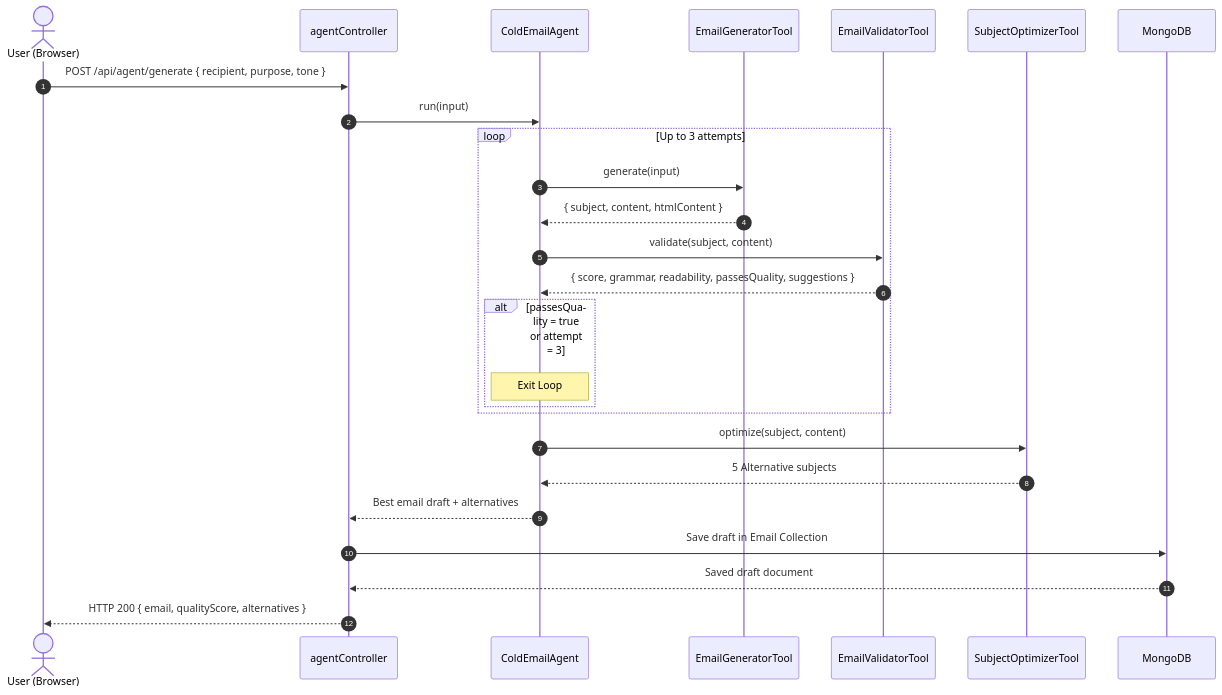
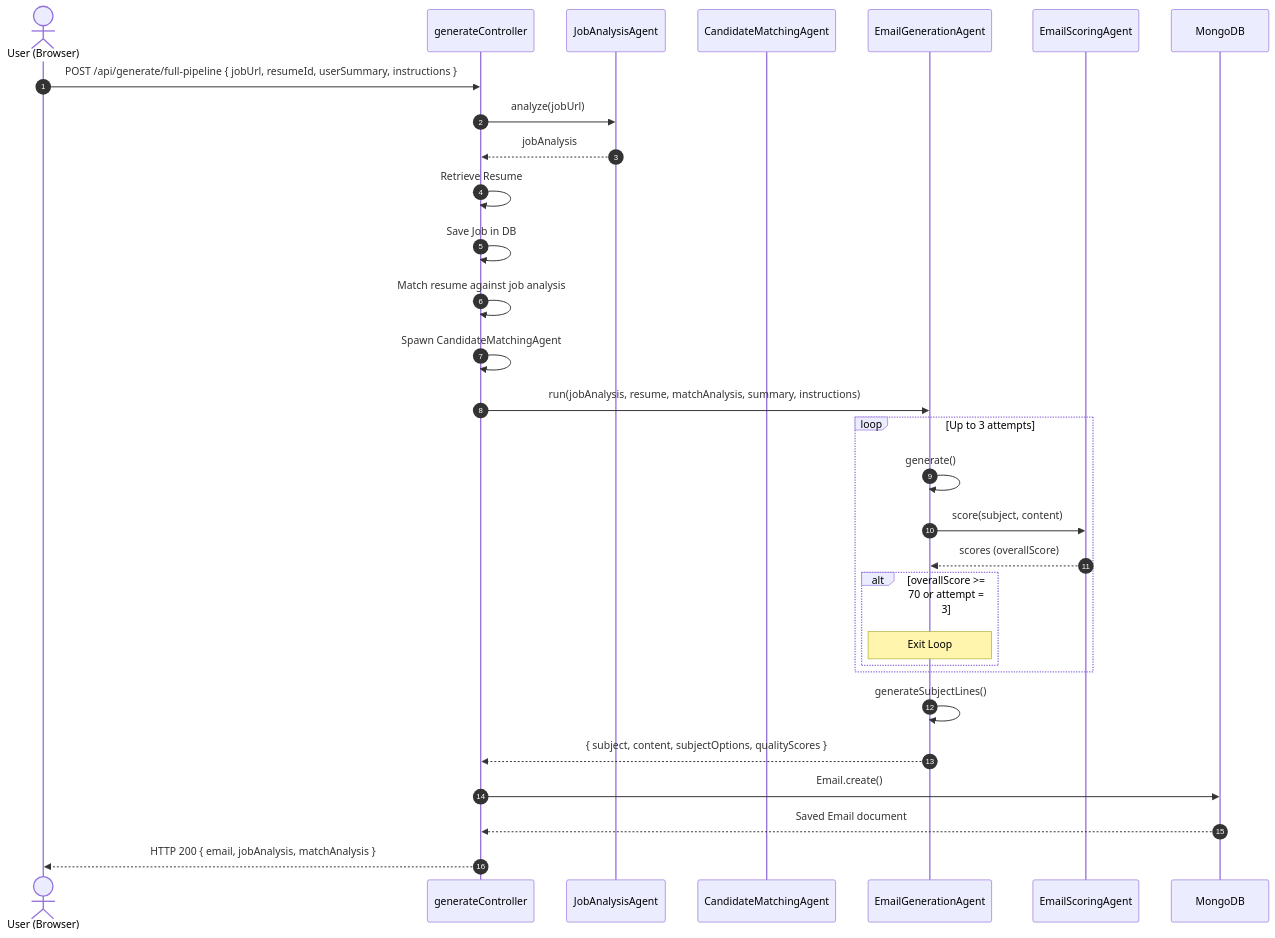
One commit to tamal006/cold-email-ai-agent changed the fourth of 6 diagrams in docs/WORKFLOW.md. Above: the diagram before and after it, drawn with Mermaid. The commit also changed other lines of this file and 107 other files, not shown here.

````diff
--- a/docs/WORKFLOW.md
+++ b/docs/WORKFLOW.md
@@ -101,29 +91,33 @@
 ```mermaid
 sequenceDiagram
     autonumber
     actor User as User (Browser)
-    participant C as agentController
-    participant A as ColdEmailAgent
-    participant G as EmailGeneratorTool
-    participant V as EmailValidatorTool
-    participant O as SubjectOptimizerTool
+    participant C as generateController
+    participant JAA as JobAnalysisAgent
+    participant CMA as CandidateMatchingAgent
+    participant EGA as EmailGenerationAgent
+    participant ESA as EmailScoringAgent
     participant DB as MongoDB
 
-    User->>C: POST /api/agent/generate { recipient, purpose, tone }
-    C->>A: run(input)
+    User->>C: POST /api/generate/full-pipeline { jobUrl, resumeId, userSummary, instructions }
+    C->>JAA: analyze(jobUrl)
+    JAA-->>C: jobAnalysis
+    C->>C: Retrieve Resume
+    C->>C: Save Job in DB
+    C->>C: Match resume against job analysis
+    C->>C: Spawn CandidateMatchingAgent
+    C->>EGA: run(jobAnalysis, resume, matchAnalysis, summary, instructions)
     loop Up to 3 attempts
-        A->>G: generate(input)
-        G-->>A: { subject, content, htmlContent }
-        A->>V: validate(subject, content)
-        V-->>A: { score, grammar, readability, passesQuality, suggestions }
-        alt passesQuality = true or attempt = 3
-            Note over A: Exit Loop
+        EGA->>EGA: generate()
+        EGA->>ESA: score(subject, content)
+        ESA-->>EGA: scores (overallScore)
+        alt overallScore >= 70 or attempt = 3
+            Note over EGA: Exit Loop
         end
     end
-    A->>O: optimize(subject, content)
-    O-->>A: 5 Alternative subjects
-    A-->>C: Best email draft + alternatives
-    C->>DB: Save draft in Email Collection
-    DB-->>C: Saved draft document
-    C-->>User: HTTP 200 { email, qualityScore, alternatives }
+    EGA->>EGA: generateSubjectLines()
+    EGA-->>C: { subject, content, subjectOptions, qualityScores }
+    C->>DB: Email.create()
+    DB-->>C: Saved Email document
+    C-->>User: HTTP 200 { email, jobAnalysis, matchAnalysis }
 ```
````
